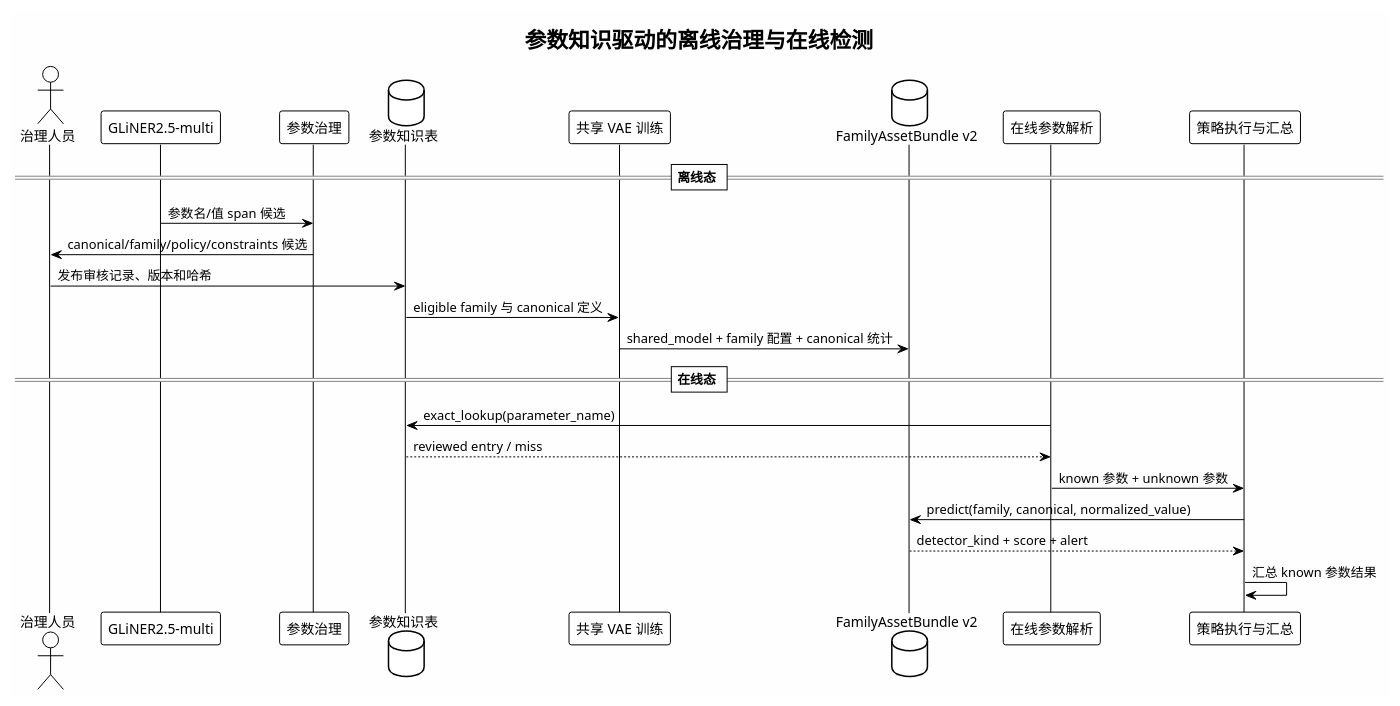
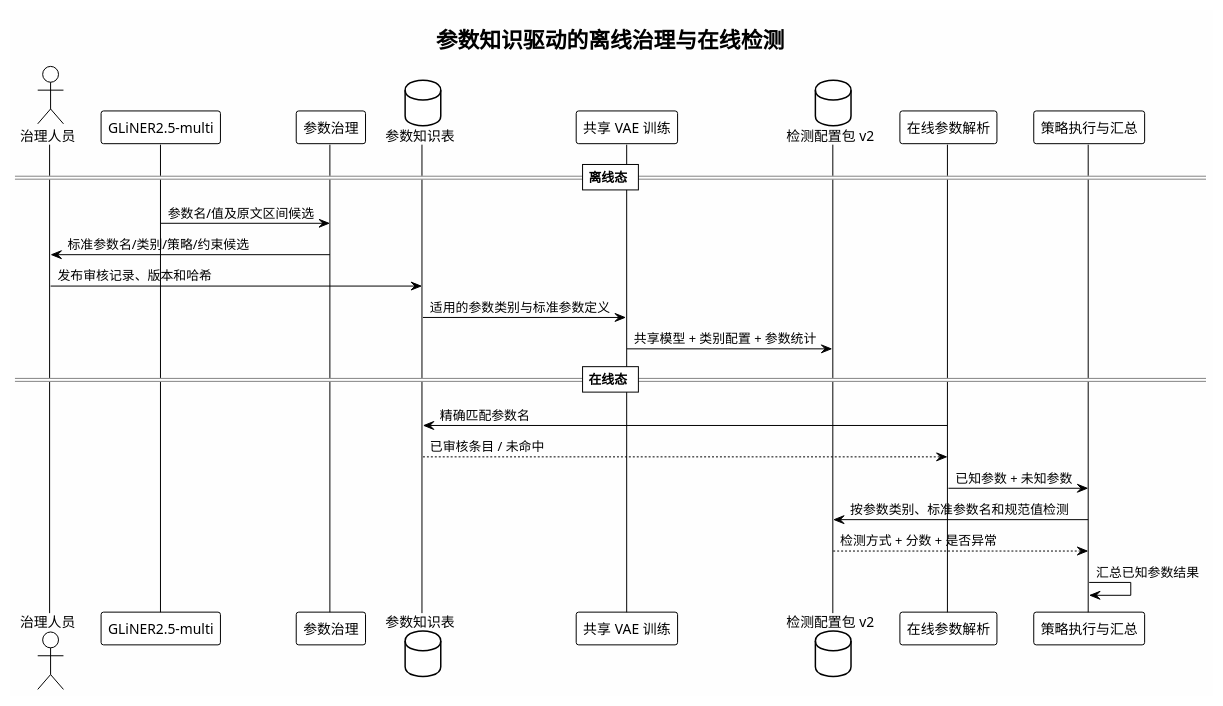
The sixth of 11 diagrams in LogNet3.0方案设计与实现文档.md (HouMonKy/TIG-PIPLUP), drawn with PlantUML before and after one commit. The commit also changed other lines of this file, not shown here.

Commit message:
docs: simplify parameter anomaly terminology

````diff
--- a/LogNet3.0方案设计与实现文档.md
+++ b/LogNet3.0方案设计与实现文档.md
@@ -761,34 +761,34 @@
 ```plantuml
 @startuml Parameter_Anomaly_Flow
 !theme plain
 skinparam backgroundColor #FEFEFE
 skinparam shadowing false
 
 title 参数知识驱动的离线治理与在线检测
 
 actor "治理人员" as Reviewer
 participant "GLiNER2.5-multi" as GLiNER
 participant "参数治理" as Govern
 database "参数知识表" as Knowledge
 participant "共享 VAE 训练" as Training
-database "FamilyAssetBundle v2" as Assets
+database "检测配置包 v2" as Assets
 participant "在线参数解析" as Parser
 participant "策略执行与汇总" as Detect
 
 == 离线态 ==
-GLiNER -> Govern: 参数名/值 span 候选
-Govern -> Reviewer: canonical/family/policy/constraints 候选
+GLiNER -> Govern: 参数名/值及原文区间候选
+Govern -> Reviewer: 标准参数名/类别/策略/约束候选
 Reviewer -> Knowledge: 发布审核记录、版本和哈希
-Knowledge -> Training: eligible family 与 canonical 定义
-Training -> Assets: shared_model + family 配置 + canonical 统计
+Knowledge -> Training: 适用的参数类别与标准参数定义
+Training -> Assets: 共享模型 + 类别配置 + 参数统计
 
 == 在线态 ==
-Parser -> Knowledge: exact_lookup(parameter_name)
-Knowledge --> Parser: reviewed entry / miss
-Parser -> Detect: known 参数 + unknown 参数
-Detect -> Assets: predict(family, canonical, normalized_value)
-Assets --> Detect: detector_kind + score + alert
-Detect -> Detect: 汇总 known 参数结果
+Parser -> Knowledge: 精确匹配参数名
+Knowledge --> Parser: 已审核条目 / 未命中
+Parser -> Detect: 已知参数 + 未知参数
+Detect -> Assets: 按参数类别、标准参数名和规范值检测
+Assets --> Detect: 检测方式 + 分数 + 是否异常
+Detect -> Detect: 汇总已知参数结果
 
 @enduml
 ```
````
